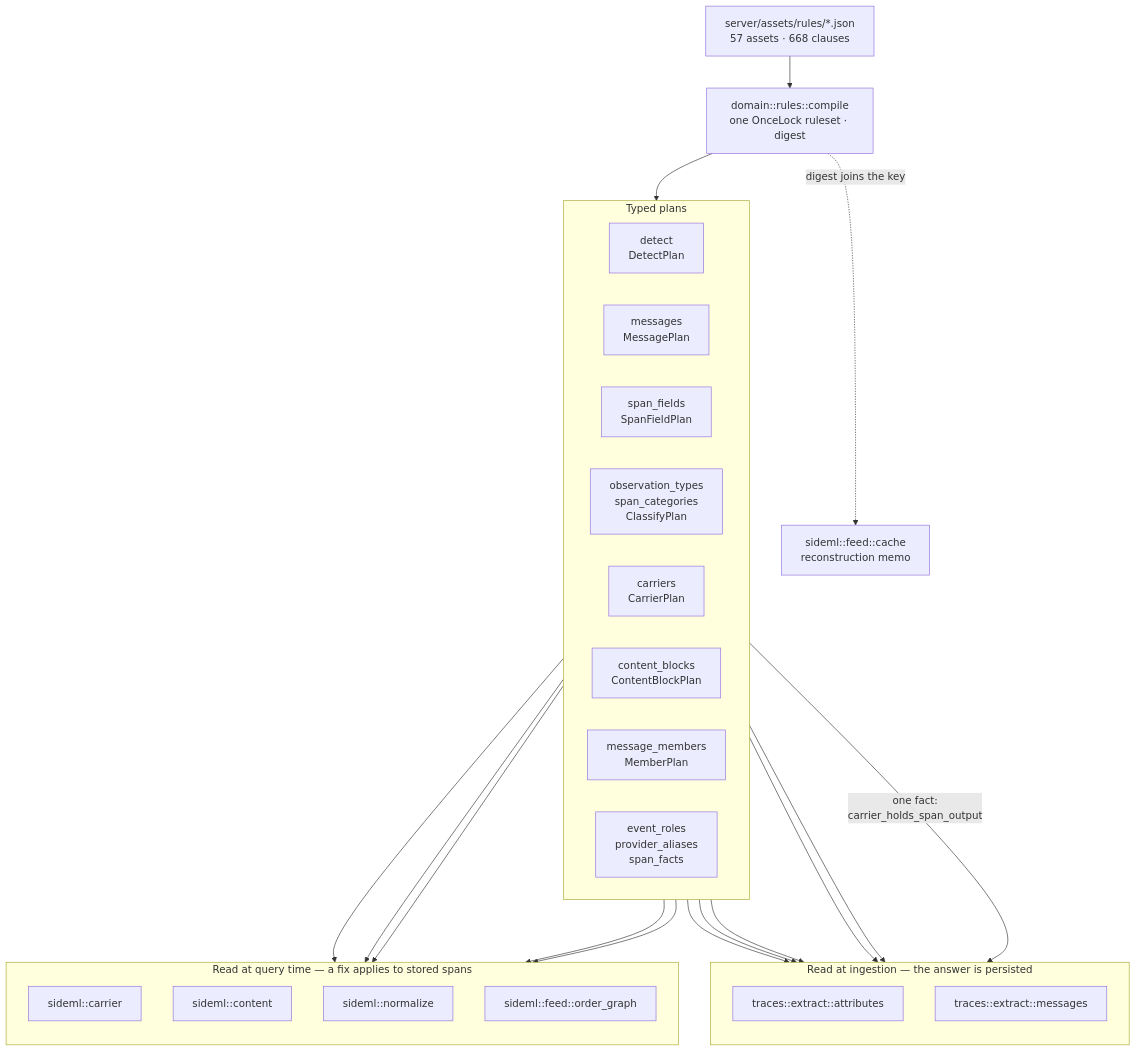
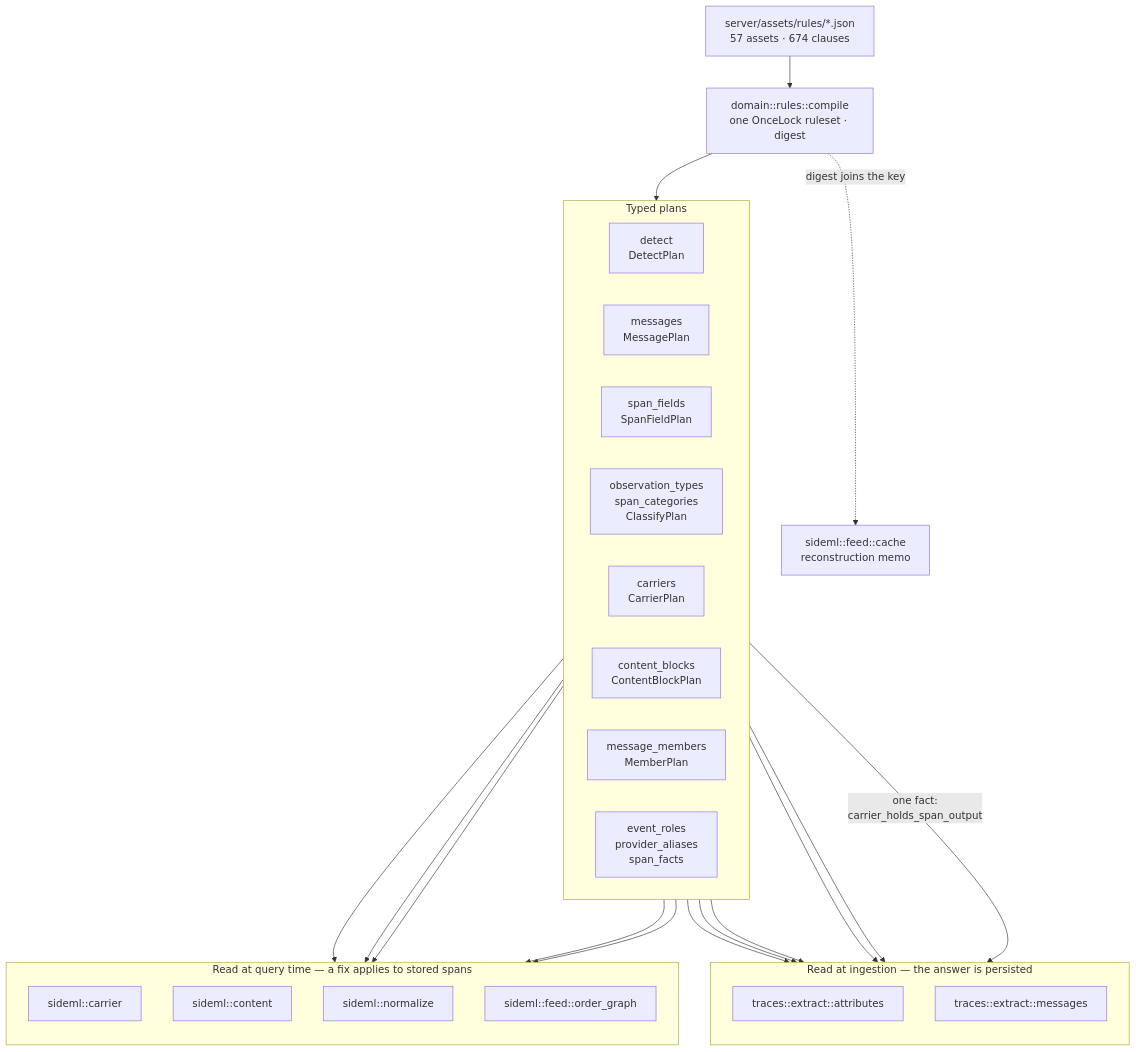
The first of 7 diagrams in docs/engineering/architecture-diagrams.md (sideseat/sideseat), drawn with Mermaid before and after one commit. The commit also changed 12 other files, not shown here.

````diff
--- a/docs/engineering/architecture-diagrams.md
+++ b/docs/engineering/architecture-diagrams.md
@@ -18,47 +18,47 @@
 ```mermaid
 flowchart TB
-    assets["server/assets/rules/*.json<br/>57 assets · 668 clauses"]
+    assets["server/assets/rules/*.json<br/>57 assets · 674 clauses"]
     compile["domain::rules::compile<br/>one OnceLock ruleset · digest"]
     assets --> compile
 
     subgraph plans["Typed plans"]
         direction LR
         detect["detect<br/>DetectPlan"]
         messages["messages<br/>MessagePlan"]
         fields["span_fields<br/>SpanFieldPlan"]
         classify["observation_types<br/>span_categories<br/>ClassifyPlan"]
         carriers["carriers<br/>CarrierPlan"]
         blocks["content_blocks<br/>ContentBlockPlan"]
         members["message_members<br/>MemberPlan"]
         roles["event_roles<br/>provider_aliases<br/>span_facts"]
     end
     compile --> plans
 
     subgraph ingest["Read at ingestion — the answer is persisted"]
         direction TB
         attrs["traces::extract::attributes"]
         msgs["traces::extract::messages"]
     end
 
     subgraph query["Read at query time — a fix applies to stored spans"]
         direction TB
         carrier["sideml::carrier"]
         content["sideml::content"]
         normalize["sideml::normalize"]
         order["sideml::feed::order_graph"]
     end
 
     detect --> attrs
     fields --> attrs
     classify --> attrs
     roles --> attrs
     messages --> msgs
     carriers -->|"one fact:<br/>carrier_holds_span_output"| msgs
     carriers --> carrier
     carriers --> order
     blocks --> content
     members --> content
     roles --> normalize
 
     compile -. "digest joins the key" .-> cache["sideml::feed::cache<br/>reconstruction memo"]
 ```
````
